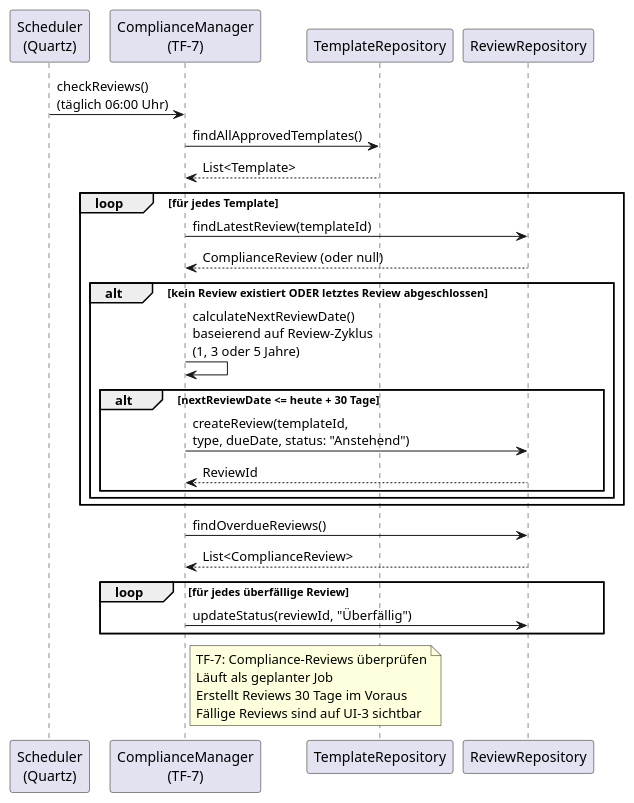
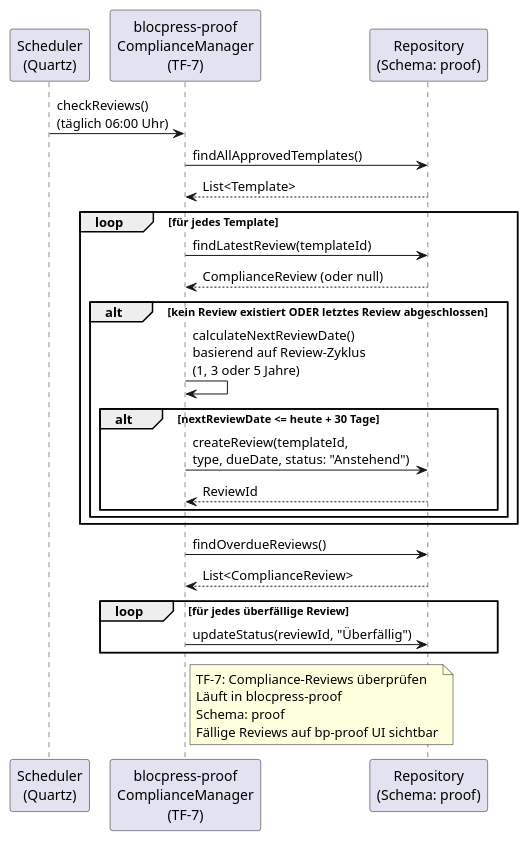
Diagram 11 of 15 in docs/arc42.adoc (flaechsig/blocpress), drawn with PlantUML before and after one commit. The commit also changed other lines of this file and 5 other files, not shown here.

```diff
--- a/docs/arc42.adoc
+++ b/docs/arc42.adoc
@@ -838,41 +973,40 @@
 [plantuml, laufzeit-compliance-check, svg]
 ----
 @startuml
 participant "Scheduler\n(Quartz)" as Scheduler
-participant "ComplianceManager\n(TF-7)" as CM
-participant "TemplateRepository" as TRepo
-participant "ReviewRepository" as RRepo
+participant "blocpress-proof\nComplianceManager\n(TF-7)" as CM
+participant "Repository\n(Schema: proof)" as Repo
 
 Scheduler -> CM : checkReviews()\n(täglich 06:00 Uhr)
-CM -> TRepo : findAllApprovedTemplates()
-TRepo --> CM : List<Template>
+CM -> Repo : findAllApprovedTemplates()
+Repo --> CM : List<Template>
 
 loop für jedes Template
-  CM -> RRepo : findLatestReview(templateId)
-  RRepo --> CM : ComplianceReview (oder null)
+  CM -> Repo : findLatestReview(templateId)
+  Repo --> CM : ComplianceReview (oder null)
 
   alt kein Review existiert ODER letztes Review abgeschlossen
-    CM -> CM : calculateNextReviewDate()\nbaseierend auf Review-Zyklus\n(1, 3 oder 5 Jahre)
+    CM -> CM : calculateNextReviewDate()\nbasierend auf Review-Zyklus\n(1, 3 oder 5 Jahre)
 
     alt nextReviewDate <= heute + 30 Tage
-      CM -> RRepo : createReview(templateId,\ntype, dueDate, status: "Anstehend")
-      RRepo --> CM : ReviewId
+      CM -> Repo : createReview(templateId,\ntype, dueDate, status: "Anstehend")
+      Repo --> CM : ReviewId
     end
   end
 end
 
-CM -> RRepo : findOverdueReviews()
-RRepo --> CM : List<ComplianceReview>
+CM -> Repo : findOverdueReviews()
+Repo --> CM : List<ComplianceReview>
 
 loop für jedes überfällige Review
-  CM -> RRepo : updateStatus(reviewId, "Überfällig")
+  CM -> Repo : updateStatus(reviewId, "Überfällig")
 end
 
 note right of CM
   TF-7: Compliance-Reviews überprüfen
-  Läuft als geplanter Job
-  Erstellt Reviews 30 Tage im Voraus
-  Fällige Reviews sind auf UI-3 sichtbar
+  Läuft in blocpress-proof
+  Schema: proof
+  Fällige Reviews auf bp-proof UI sichtbar
 end note
 @enduml
 ----
```
